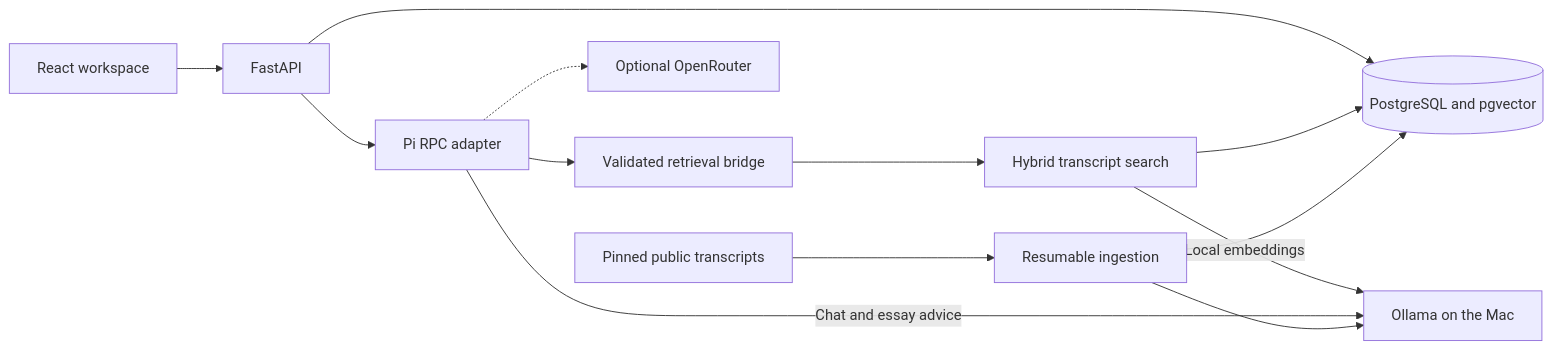
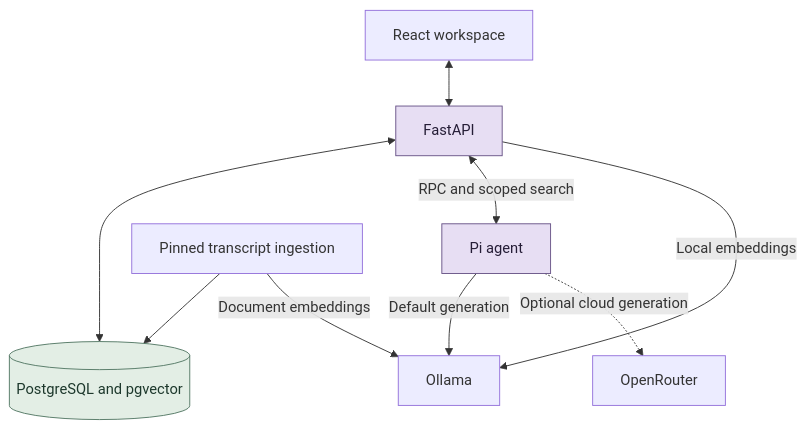
Before and after one commit to puneet-jr/podacst: the second of 2 diagrams in README.md, drawn with Mermaid. The commit also changed other lines of this file, not shown here.

````diff
--- a/README.md
+++ b/README.md
@@ -158,15 +66,16 @@
 ```mermaid
-flowchart LR
-    UI["React workspace"] --> API["FastAPI"]
-    API --> DB[("PostgreSQL and pgvector")]
-    API --> PI["Pi RPC adapter"]
-    PI --> TOOL["Validated retrieval bridge"]
-    TOOL --> SEARCH["Hybrid transcript search"]
-    SEARCH --> DB
-    SEARCH -->|Local embeddings| OLLAMA["Ollama on the Mac"]
-    PI -->|Chat and essay advice| OLLAMA
-    PI -.-> CLOUD["Optional OpenRouter"]
-    CORPUS["Pinned public transcripts"] --> INGEST["Resumable ingestion"]
-    INGEST --> OLLAMA
-    INGEST --> DB
+flowchart TD
+    UI["React workspace"] <--> API["FastAPI"]
+    API <--> DB[("PostgreSQL and pgvector")]
+    API <-->|RPC and scoped search| PI["Pi agent"]
+    API -->|Local embeddings| OLLAMA["Ollama"]
+    PI -->|Default generation| OLLAMA
+    PI -.->|Optional cloud generation| CLOUD["OpenRouter"]
+    INGEST["Pinned transcript ingestion"] --> DB
+    INGEST -->|Document embeddings| OLLAMA
+
+    classDef core fill:#e7def3,stroke:#675286,color:#251d36
+    classDef data fill:#e3eee5,stroke:#517663,color:#1d382c
+    class API,PI core
+    class DB data
 ```
````
